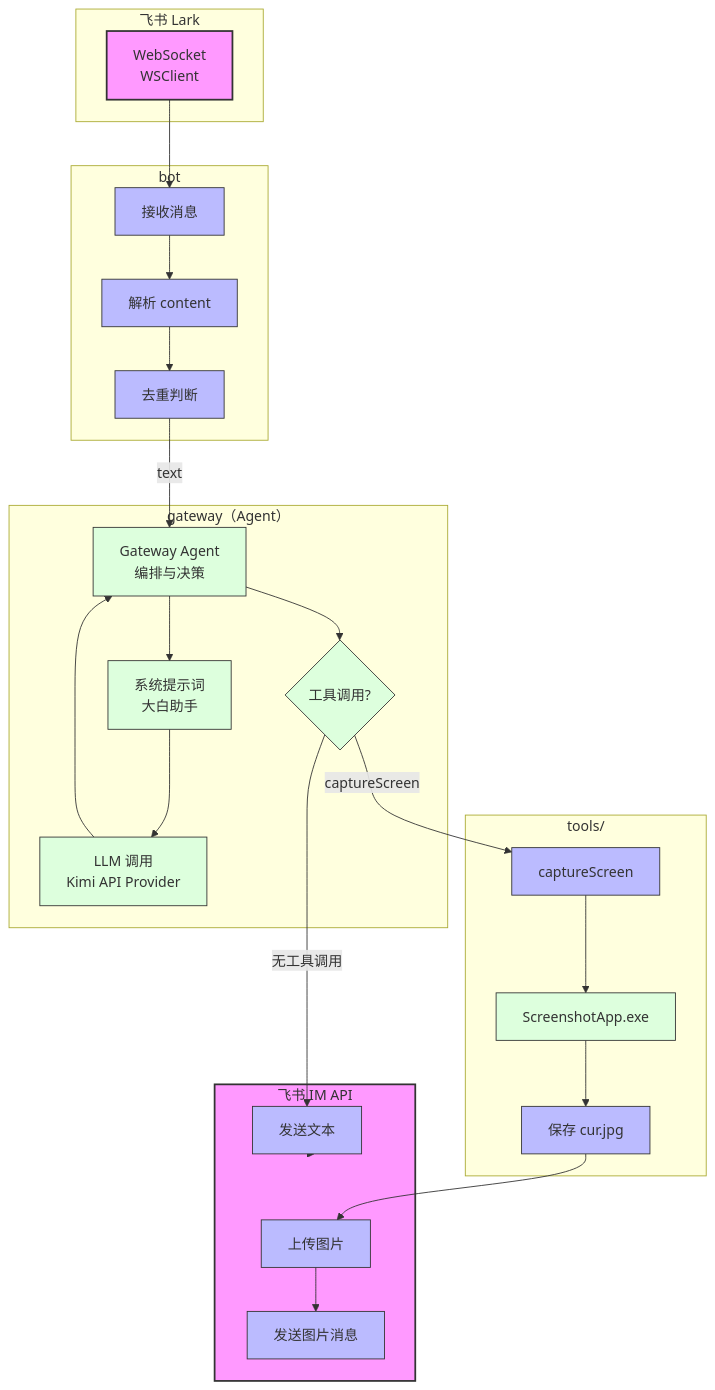
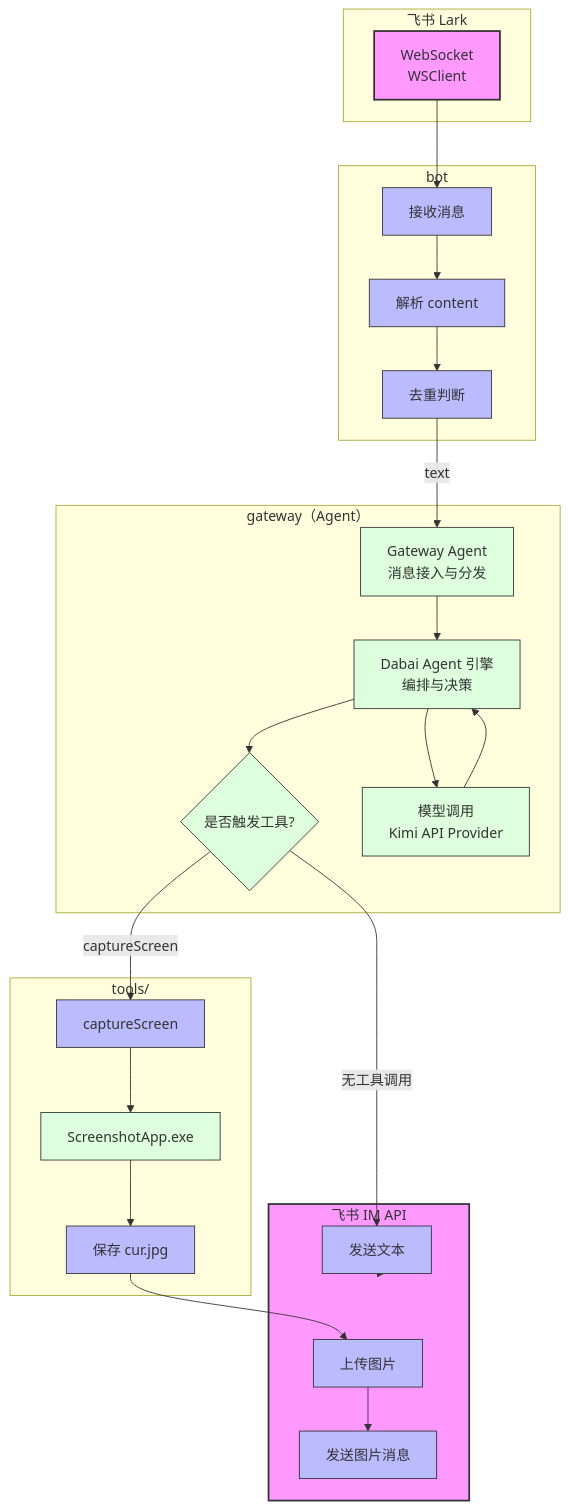
Before and after one commit to XHaoChenX/architecture-diagrams: the diagram in simple_gateway.md, drawn with Mermaid. The commit also changed other lines of this file and 2 other files, not shown here.

Commit message:
add dabai agent

````diff
--- a/simple_gateway.md
+++ b/simple_gateway.md
@@ -4,57 +4,57 @@
 ```mermaid
 flowchart TD
     subgraph Lark["飞书 Lark"]
         WS[WebSocket<br>WSClient]
     end
 
     subgraph bot["bot"]
         Receive[接收消息]
         Parse[解析 content]
         Dedup[去重判断]
     end
 
     subgraph gateway["gateway（Agent）"]
-        Agent[Gateway Agent<br>编排与决策]
-        SysPrompt[系统提示词<br>大白助手]
-        ToolCall{工具调用?}
-        LLM[LLM 调用<br>Kimi API Provider]
+        Agent[Gateway Agent<br>消息接入与分发]
+        Dabai[Dabai Agent 引擎<br>编排与决策]
+        ToolCall{是否触发工具?}
+        LLM[模型调用<br>Kimi API Provider]
     end
 
     subgraph tools["tools/"]
         Capture[captureScreen]
         ScreenshotExe[ScreenshotApp.exe]
         SaveImage[保存 cur.jpg]
     end
 
     subgraph LarkIM["飞书 IM API"]
         UploadImg[上传图片]
         SendText[发送文本]
         SendImg[发送图片消息]
     end
 
     WS --> Receive
     Receive --> Parse
     Parse --> Dedup
     Dedup -->|"text"| Agent
-    Agent --> SysPrompt
-    SysPrompt --> LLM
-    LLM --> Agent
-    Agent --> ToolCall
+    Agent --> Dabai
+    Dabai --> LLM
+    LLM --> Dabai
+    Dabai --> ToolCall
 
     ToolCall -->|"无工具调用"| SendText
     ToolCall -->|"captureScreen"| Capture
     Capture --> ScreenshotExe
     ScreenshotExe --> SaveImage
     SaveImage --> UploadImg
 
     UploadImg --> SendImg
     SendText --> LarkIM
 
     classDef external fill:#f9f,stroke:#333,stroke-width:2px
     classDef process fill:#bbf,stroke:#333,stroke-width:1px
     classDef ai fill:#dfd,stroke:#333,stroke-width:1px
 
     class WS,LarkIM external
     class Receive,Parse,Dedup,Capture,SaveImage,UploadImg,SendText,SendImg process
-    class Agent,SysPrompt,ToolCall,LLM,ScreenshotExe ai
+    class Agent,Dabai,ToolCall,LLM,ScreenshotExe ai
 ```
````
